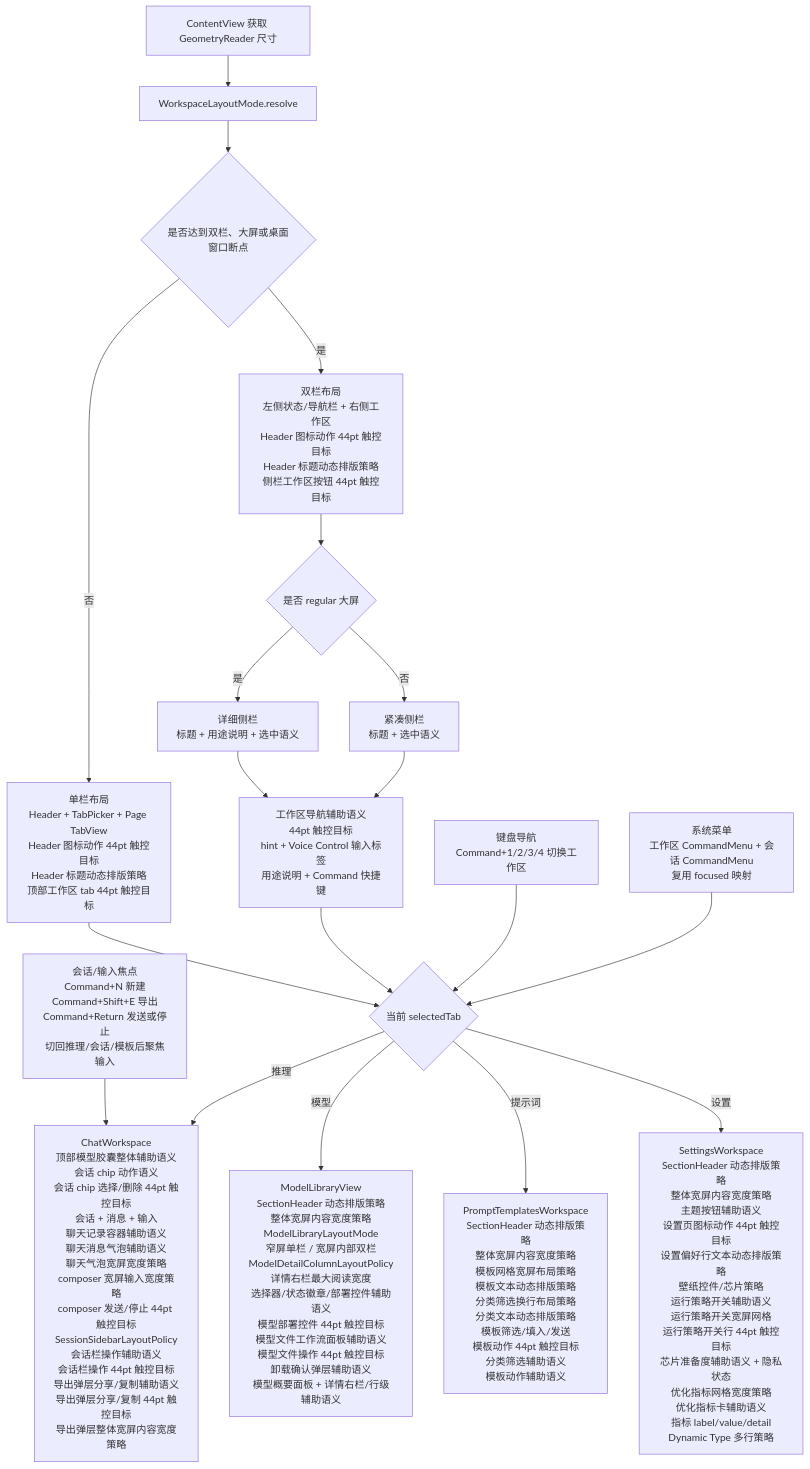
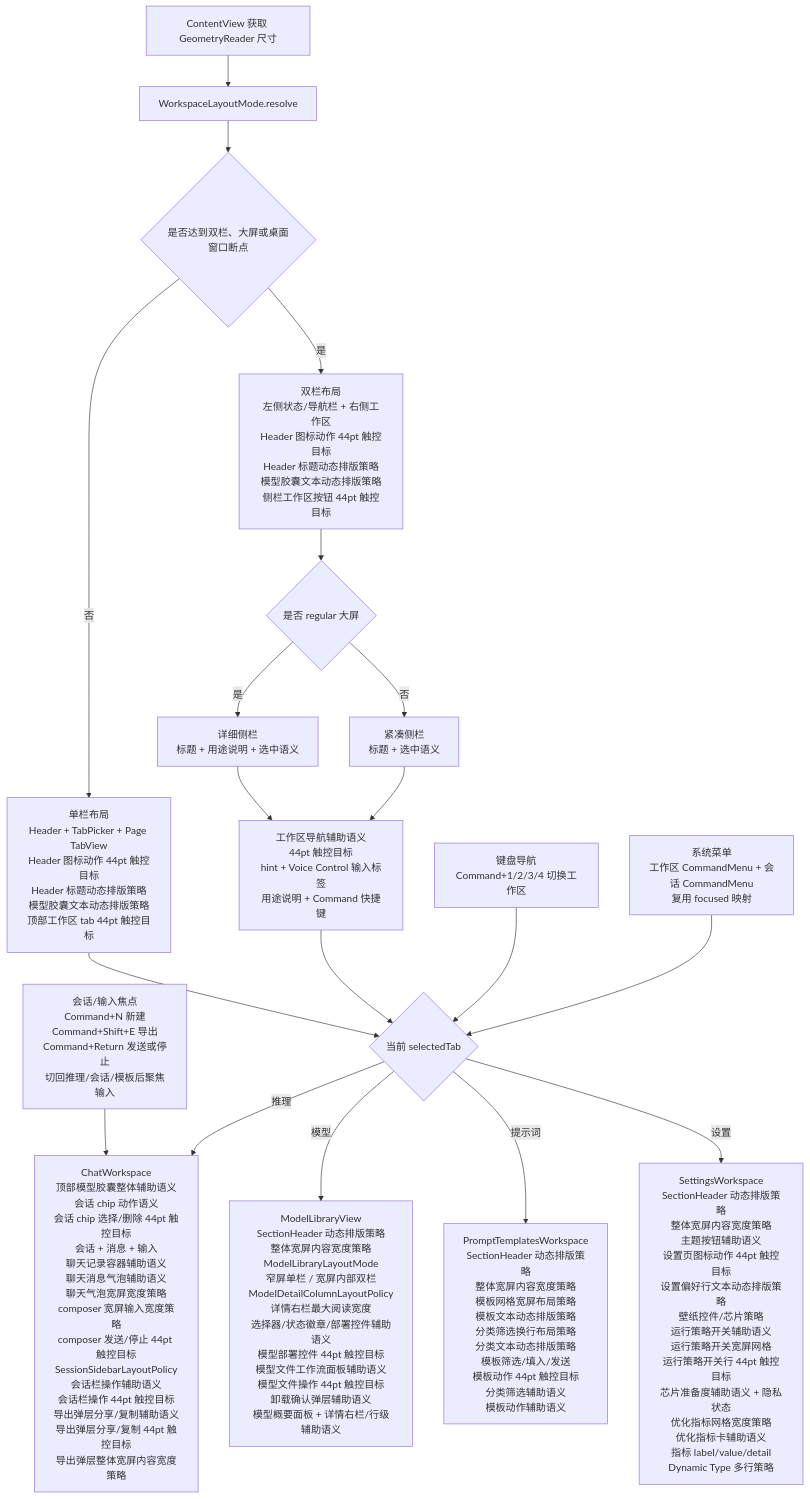
One commit to Altman-sam114/113 changed the fifth of 10 diagrams in md/flow/flowchart.md. Above: the diagram before and after it, drawn with Mermaid. The commit also changed other lines of this file and 8 other files, not shown here.

````diff
--- a/md/flow/flowchart.md
+++ b/md/flow/flowchart.md
@@ -84,21 +84,21 @@
 ```mermaid
 flowchart TD
     A[ContentView 获取 GeometryReader 尺寸] --> B[WorkspaceLayoutMode.resolve]
     B --> C{是否达到双栏、大屏或桌面窗口断点}
-    C -- 否 --> D[单栏布局<br/>Header + TabPicker + Page TabView<br/>Header 图标动作 44pt 触控目标<br/>Header 标题动态排版策略<br/>顶部工作区 tab 44pt 触控目标]
-    C -- 是 --> E[双栏布局<br/>左侧状态/导航栏 + 右侧工作区<br/>Header 图标动作 44pt 触控目标<br/>Header 标题动态排版策略<br/>侧栏工作区按钮 44pt 触控目标]
+    C -- 否 --> D[单栏布局<br/>Header + TabPicker + Page TabView<br/>Header 图标动作 44pt 触控目标<br/>Header 标题动态排版策略<br/>模型胶囊文本动态排版策略<br/>顶部工作区 tab 44pt 触控目标]
+    C -- 是 --> E[双栏布局<br/>左侧状态/导航栏 + 右侧工作区<br/>Header 图标动作 44pt 触控目标<br/>Header 标题动态排版策略<br/>模型胶囊文本动态排版策略<br/>侧栏工作区按钮 44pt 触控目标]
     E --> N{是否 regular 大屏}
     N -- 是 --> O[详细侧栏<br/>标题 + 用途说明 + 选中语义]
     N -- 否 --> P[紧凑侧栏<br/>标题 + 选中语义]
     D --> F{当前 selectedTab}
     O --> X[工作区导航辅助语义<br/>44pt 触控目标<br/>hint + Voice Control 输入标签<br/>用途说明 + Command 快捷键]
     P --> X
     X --> F
     K[键盘导航<br/>Command+1/2/3/4 切换工作区] --> F
     M[系统菜单<br/>工作区 CommandMenu + 会话 CommandMenu<br/>复用 focused 映射] --> F
     L[会话/输入焦点<br/>Command+N 新建<br/>Command+Shift+E 导出<br/>Command+Return 发送或停止<br/>切回推理/会话/模板后聚焦输入] --> G
     F -- 推理 --> G[ChatWorkspace<br/>顶部模型胶囊整体辅助语义<br/>会话 chip 动作语义<br/>会话 chip 选择/删除 44pt 触控目标<br/>会话 + 消息 + 输入<br/>聊天记录容器辅助语义<br/>聊天消息气泡辅助语义<br/>聊天气泡宽屏宽度策略<br/>composer 宽屏输入宽度策略<br/>composer 发送/停止 44pt 触控目标<br/>SessionSidebarLayoutPolicy<br/>会话栏操作辅助语义<br/>会话栏操作 44pt 触控目标<br/>导出弹层分享/复制辅助语义<br/>导出弹层分享/复制 44pt 触控目标<br/>导出弹层整体宽屏内容宽度策略]
     F -- 模型 --> H[ModelLibraryView<br/>SectionHeader 动态排版策略<br/>整体宽屏内容宽度策略<br/>ModelLibraryLayoutMode<br/>窄屏单栏 / 宽屏内部双栏<br/>ModelDetailColumnLayoutPolicy<br/>详情右栏最大阅读宽度<br/>选择器/状态徽章/部署控件辅助语义<br/>模型部署控件 44pt 触控目标<br/>模型文件工作流面板辅助语义<br/>模型文件操作 44pt 触控目标<br/>卸载确认弹层辅助语义<br/>模型概要面板 + 详情右栏/行级辅助语义]
     F -- 提示词 --> I[PromptTemplatesWorkspace<br/>SectionHeader 动态排版策略<br/>整体宽屏内容宽度策略<br/>模板网格宽屏布局策略<br/>模板文本动态排版策略<br/>分类筛选换行布局策略<br/>分类文本动态排版策略<br/>模板筛选/填入/发送<br/>模板动作 44pt 触控目标<br/>分类筛选辅助语义<br/>模板动作辅助语义]
     F -- 设置 --> J[SettingsWorkspace<br/>SectionHeader 动态排版策略<br/>整体宽屏内容宽度策略<br/>主题按钮辅助语义<br/>设置页图标动作 44pt 触控目标<br/>设置偏好行文本动态排版策略<br/>壁纸控件/芯片策略<br/>运行策略开关辅助语义<br/>运行策略开关宽屏网格<br/>运行策略开关行 44pt 触控目标<br/>芯片准备度辅助语义 + 隐私状态<br/>优化指标网格宽度策略<br/>优化指标卡辅助语义<br/>指标 label/value/detail<br/>Dynamic Type 多行策略]
 ```
````
